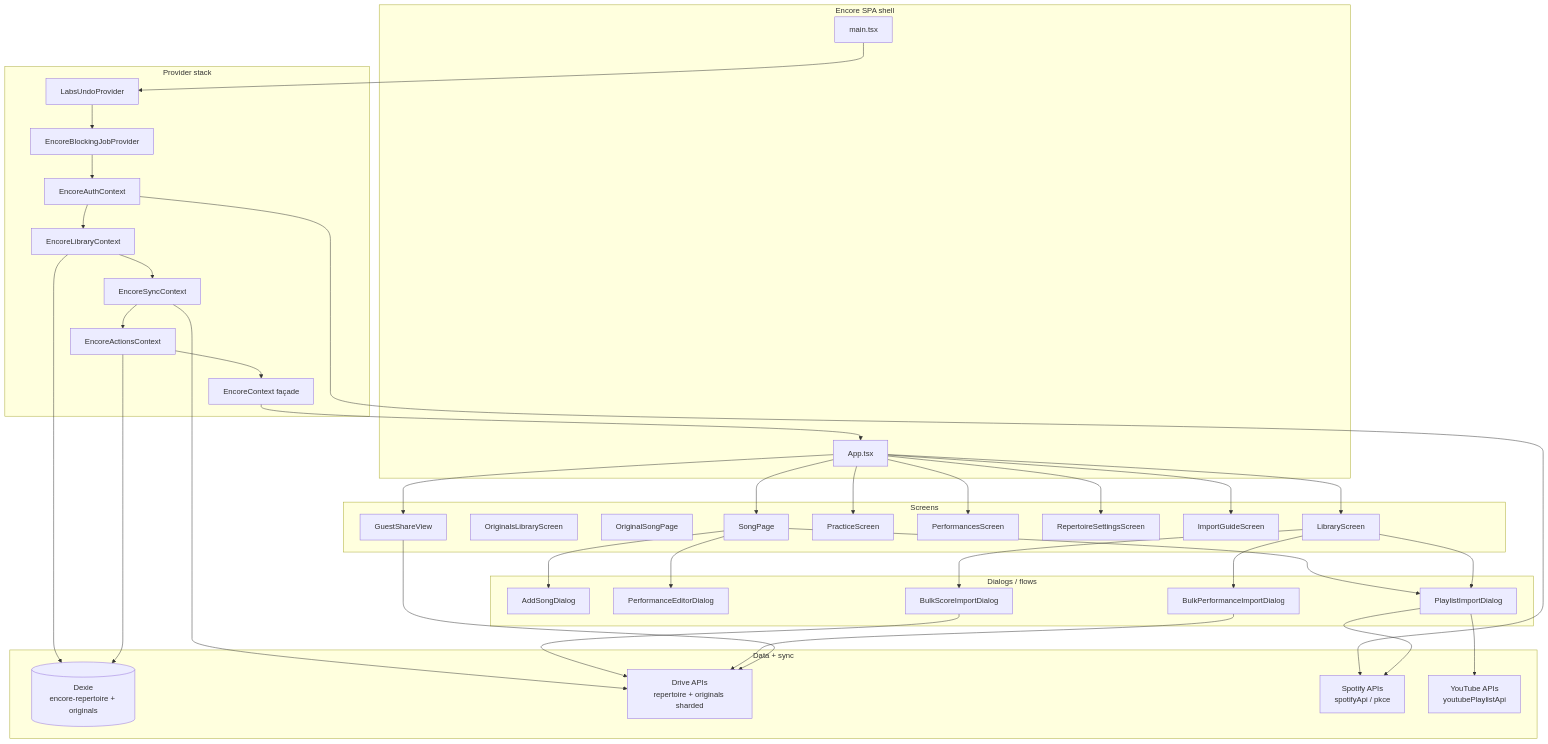
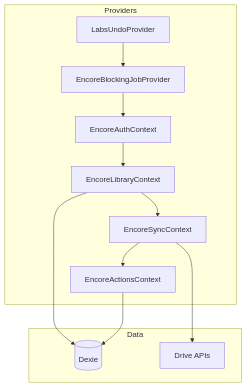
The first of 2 diagrams in src/encore/ARCHITECTURE.md (tiffz/labs), drawn with Mermaid before and after one commit. The commit also changed other lines of this file and 43 other files, not shown here.

````diff
--- a/src/encore/ARCHITECTURE.md
+++ b/src/encore/ARCHITECTURE.md
@@ -7,58 +7,19 @@
 ```mermaid
 flowchart TB
-  subgraph App[Encore SPA shell]
-    main[main.tsx]
-    appRoot[App.tsx]
-  end
-
-  subgraph Providers[Provider stack]
+  subgraph Providers
     undo[LabsUndoProvider]
     blocking[EncoreBlockingJobProvider]
     auth[EncoreAuthContext]
     library[EncoreLibraryContext]
     sync[EncoreSyncContext]
     actions[EncoreActionsContext]
-    encoreCtx[EncoreContext façade]
   end
-
-  subgraph Screens[Screens]
-    libraryScreen[LibraryScreen]
-    originalsLib[OriginalsLibraryScreen]
-    originalsPage[OriginalSongPage]
-    songPage[SongPage]
-    practice[PracticeScreen]
-    perf[PerformancesScreen]
-    repSettings[RepertoireSettingsScreen]
-    importGuide[ImportGuideScreen]
-    guest[GuestShareView]
+  subgraph Data
+    db[(Dexie)]
+    drive[Drive APIs]
   end
-
-  subgraph Dialogs[Dialogs / flows]
-    addSong[AddSongDialog]
-    perfEditor[PerformanceEditorDialog]
-    bulkScore[BulkScoreImportDialog]
-    bulkPerf[BulkPerformanceImportDialog]
-    playlistImport[PlaylistImportDialog]
-  end
-
-  subgraph Data[Data + sync]
-    db[(Dexie<br/>encore-repertoire + originals)]
-    drive[Drive APIs<br/>repertoire + originals sharded]
-    spotify[Spotify APIs<br/>spotifyApi / pkce]
-    youtube[YouTube APIs<br/>youtubePlaylistApi]
-  end
-
-  main --> undo --> blocking --> auth --> library --> sync --> actions --> encoreCtx --> appRoot
-  appRoot --> libraryScreen & songPage & practice & perf & repSettings & importGuide & guest
-  songPage --> addSong & perfEditor & playlistImport
-  libraryScreen --> bulkScore & bulkPerf & playlistImport
+  undo --> blocking --> auth --> library --> sync --> actions
   library --> db
+  actions --> db
   sync --> drive
-  actions --> db
-  auth --> spotify
-  playlistImport --> spotify
-  playlistImport --> youtube
-  bulkScore --> drive
-  bulkPerf --> drive
-  guest --> drive
 ```
````
